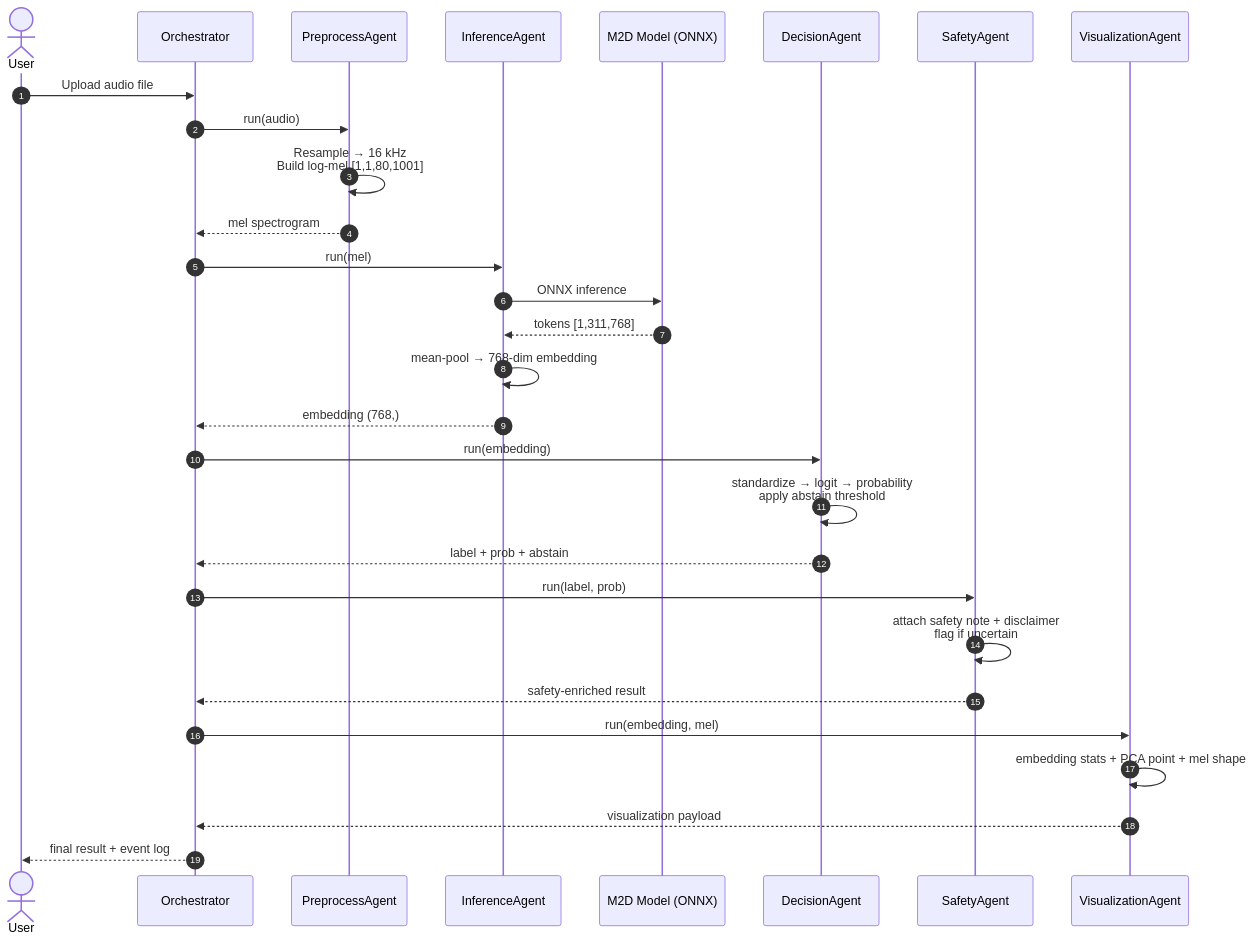
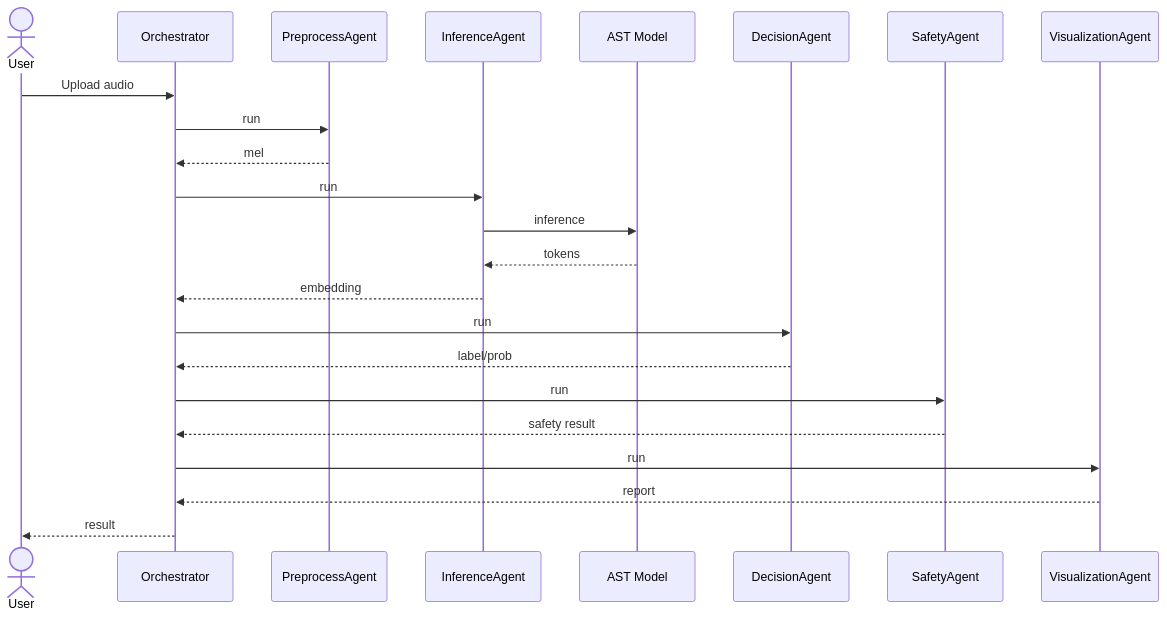
Before and after one commit to ahsanmandhar-ui/heart-murmur-pwa: the second of 4 diagrams in README.md, drawn with Mermaid. The commit also changed other lines of this file, not shown here.

Commit message:
Update README: AST model, mermaid diagrams, contact

````diff
--- a/README.md
+++ b/README.md
@@ -40,37 +33,25 @@
 ```mermaid
 sequenceDiagram
-    autonumber
     actor User
     participant O as Orchestrator
     participant P as PreprocessAgent
     participant I as InferenceAgent
-    participant M as M2D Model (ONNX)
+    participant M as AST Model
     participant D as DecisionAgent
     participant S as SafetyAgent
     participant V as VisualizationAgent
-
-    User->>O: Upload audio file
-    O->>P: run(audio)
-    P->>P: Resample → 16 kHz<br/>Build log-mel [1,1,80,1001]
-    P-->>O: mel spectrogram
-
-    O->>I: run(mel)
-    I->>M: ONNX inference
-    M-->>I: tokens [1,311,768]
-    I->>I: mean-pool → 768-dim embedding
-    I-->>O: embedding (768,)
-
-    O->>D: run(embedding)
-    D->>D: standardize → logit → probability<br/>apply abstain threshold
-    D-->>O: label + prob + abstain
-
-    O->>S: run(label, prob)
-    S->>S: attach safety note + disclaimer<br/>flag if uncertain
-    S-->>O: safety-enriched result
-
-    O->>V: run(embedding, mel)
-    V->>V: embedding stats + PCA point + mel shape
-    V-->>O: visualization payload
-
-    O-->>User: final result + event log
+    User->>O: Upload audio
+    O->>P: run
+    P-->>O: mel
+    O->>I: run
+    I->>M: inference
+    M-->>I: tokens
+    I-->>O: embedding
+    O->>D: run
+    D-->>O: label/prob
+    O->>S: run
+    S-->>O: safety result
+    O->>V: run
+    V-->>O: report
+    O-->>User: result
 ```
````
